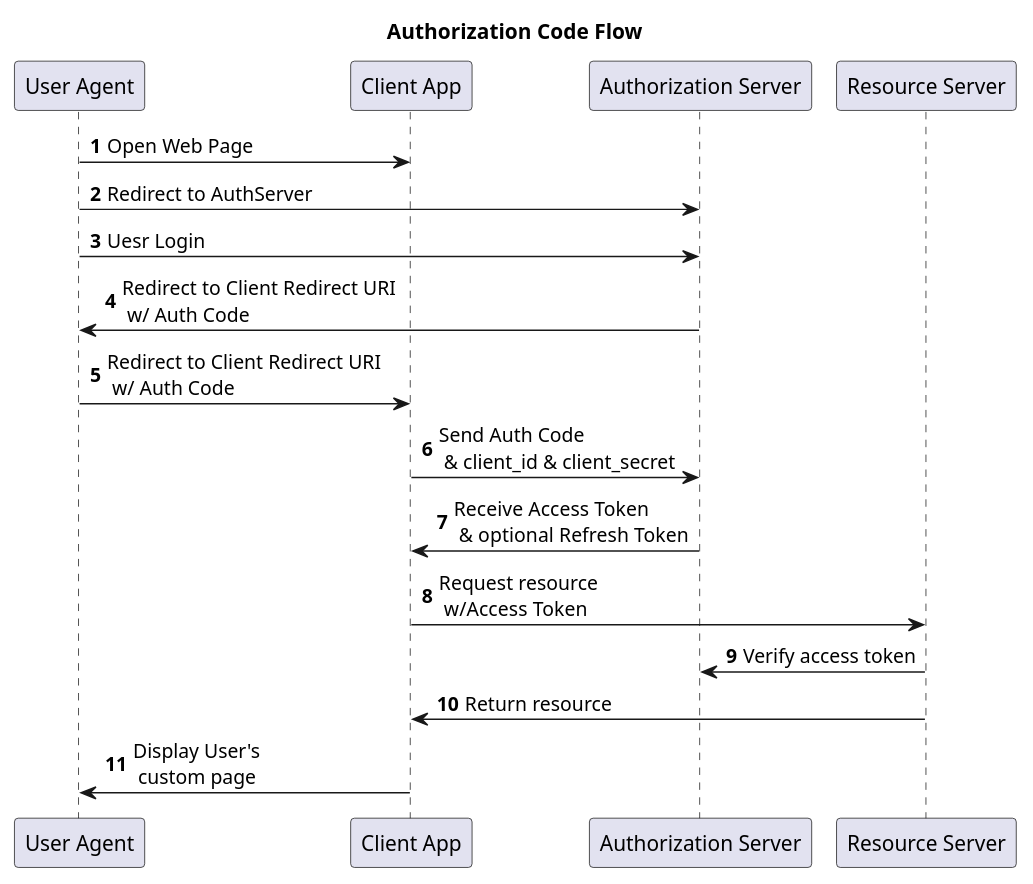
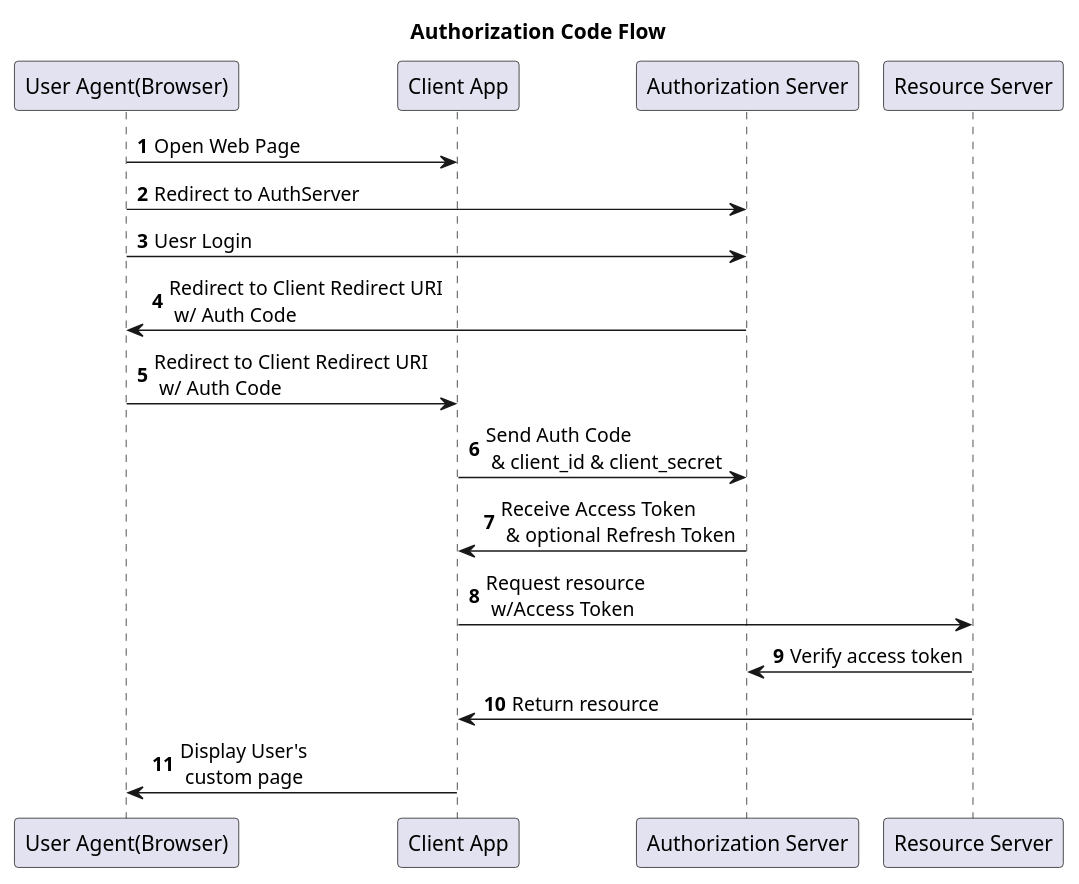
The diagram in Security/OAuth2/AuthorizationCode.puml (xinghua24/xinghua24.github.io), drawn with PlantUML before and after one commit. The commit also changed 6 other files, not shown here.

```diff
--- a/Security/OAuth2/AuthorizationCode.puml
+++ b/Security/OAuth2/AuthorizationCode.puml
@@ -1,28 +1,28 @@
 @startuml
 autonumber
 title "Authorization Code Flow"
 
-participant "User Agent" as UserAgent
+participant "User Agent(Browser)" as UserAgent
 participant "Client App" as Client
 participant "Authorization Server" as AuthServer
 participant "Resource Server" as ResourceServer
 
 
 UserAgent -> Client : Open Web Page
 UserAgent -> AuthServer : Redirect to AuthServer
 
 UserAgent -> AuthServer : Uesr Login
 AuthServer -> UserAgent : Redirect to Client Redirect URI \n w/ Auth Code
 
 UserAgent -> Client: Redirect to Client Redirect URI \n w/ Auth Code
 Client -> AuthServer: Send Auth Code \n & client_id & client_secret
 
 AuthServer -> Client: Receive Access Token \n & optional Refresh Token
 
 Client -> ResourceServer: Request resource \n w/Access Token
 
 ResourceServer -> AuthServer: Verify access token
 ResourceServer -> Client: Return resource
 
 Client -> UserAgent: Display User's \n custom page
 @enduml
```
